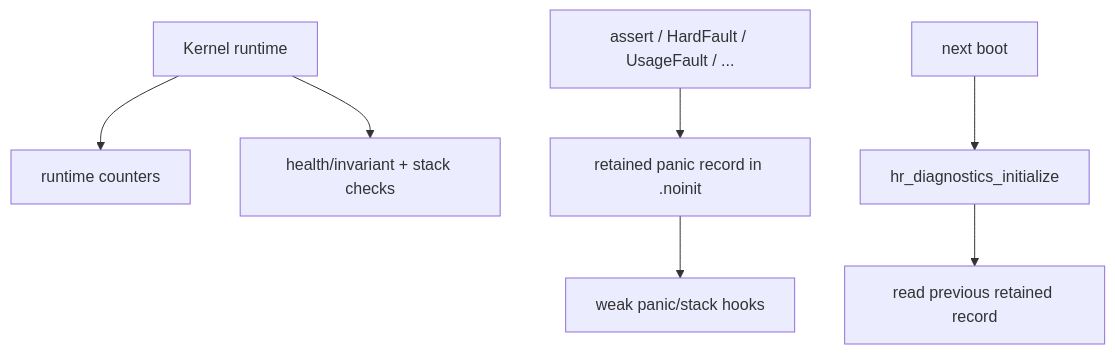
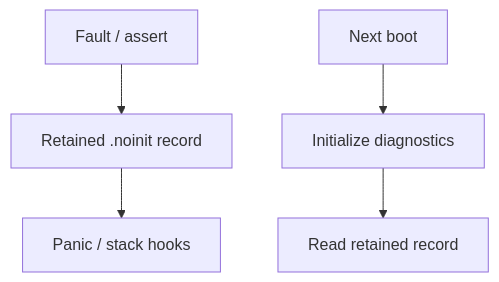
Before and after one commit to haikevins/hairtos: the second of 2 diagrams in examples/16-diagnostics-stress-stabilization/README.md, drawn with Mermaid. The commit also changed other lines of this file and 82 other files, not shown here.

````diff
--- a/examples/16-diagnostics-stress-stabilization/README.md
+++ b/examples/16-diagnostics-stress-stabilization/README.md
@@ -53,9 +62,7 @@
 ```mermaid
-flowchart TD
-    RUN["Kernel runtime"] --> CNT["runtime counters"]
-    RUN --> CHECK["health/invariant + stack checks"]
-    FAULT["assert / HardFault / UsageFault / ..."] --> REC["retained panic record in .noinit"]
-    REC --> HOOK["weak panic/stack hooks"]
-    RESET["next boot"] --> INIT["hr_diagnostics_initialize"]
-    INIT --> READ["read previous retained record"]
+flowchart TB
+    FAULT["Fault / assert"] --> REC["Retained .noinit record"]
+    REC --> HOOK["Panic / stack hooks"]
+    RESET["Next boot"] --> INIT["Initialize diagnostics"]
+    INIT --> READ["Read retained record"]
 ```
````
